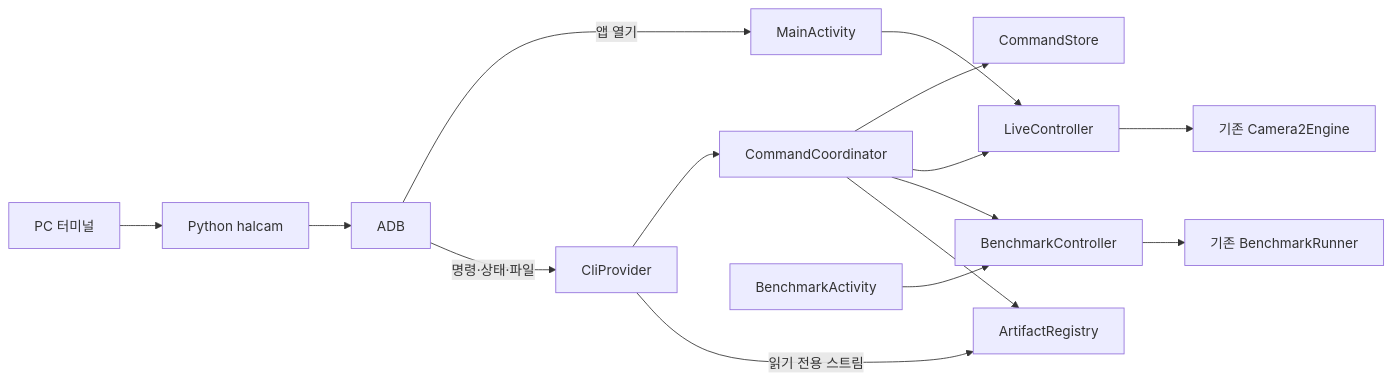
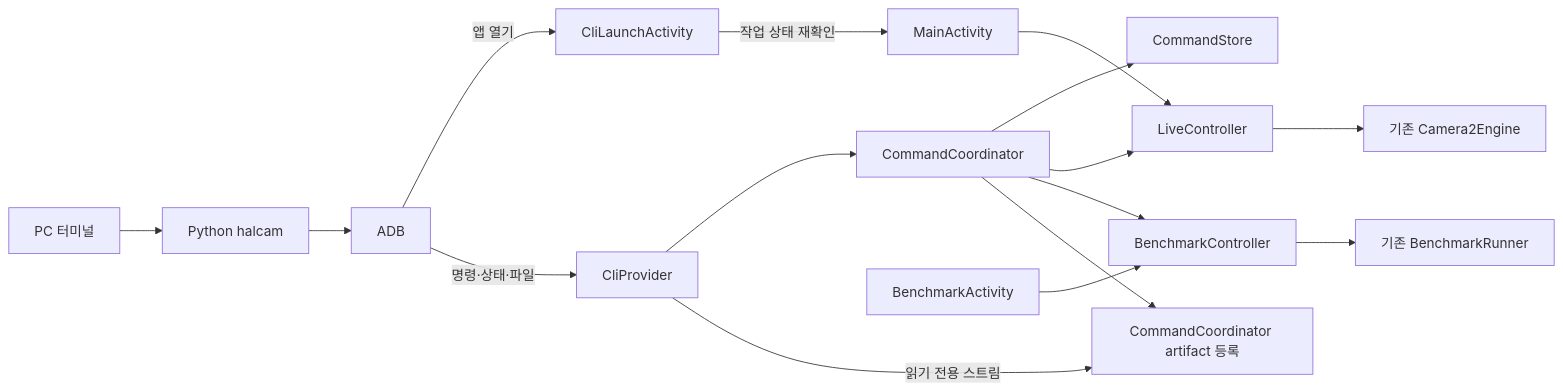
Before and after one commit to TTolsun/hal-camera: the first of 2 diagrams in docs/design/CLI.md, drawn with Mermaid. The commit also changed other lines of this file and 28 other files, not shown here.

````diff
--- a/docs/design/CLI.md
+++ b/docs/design/CLI.md
@@ -42,17 +42,18 @@
 ```mermaid
 flowchart LR
     U[PC 터미널] --> C[Python halcam]
     C --> A[ADB]
-    A -->|앱 열기| M[MainActivity]
+    A -->|앱 열기| G[CliLaunchActivity]
+    G -->|작업 상태 재확인| M[MainActivity]
     A -->|명령·상태·파일| P[CliProvider]
     P --> Q[CommandCoordinator]
     Q --> J[CommandStore]
     Q --> L[LiveController]
     Q --> B[BenchmarkController]
     M --> L
     BA[BenchmarkActivity] --> B
     L --> E[기존 Camera2Engine]
     B --> R[기존 BenchmarkRunner]
-    Q --> F[ArtifactRegistry]
+    Q --> F[CommandCoordinator artifact 등록]
     P -->|읽기 전용 스트림| F
 ```
````
